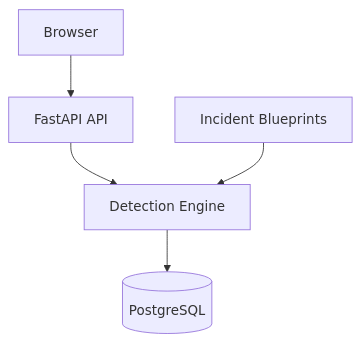
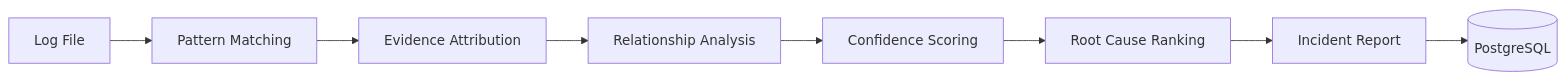
The diagram in README.md (Guna-Asher/Deployment_Doctor), drawn with Mermaid before and after one commit. The commit also changed other lines of this file, not shown here.

````diff
--- a/README.md
+++ b/README.md
@@ -171,13 +102,24 @@
 ```mermaid
-graph TB
-  U[Browser]
-  API[FastAPI API]
-  ENG[Detection Engine]
-  RULES[Incident Blueprints]
-  DB[(PostgreSQL)]
+graph LR
 
-  U --> API
-  API --> ENG
-  RULES --> ENG
-  ENG --> DB
+A[Log File]
+--> B[Pattern Matching]
+
+B
+--> C[Evidence Attribution]
+
+C
+--> D[Relationship Analysis]
+
+D
+--> E[Confidence Scoring]
+
+E
+--> F[Root Cause Ranking]
+
+F
+--> G[Incident Report]
+
+G
+--> H[(PostgreSQL)]
 ```
````
